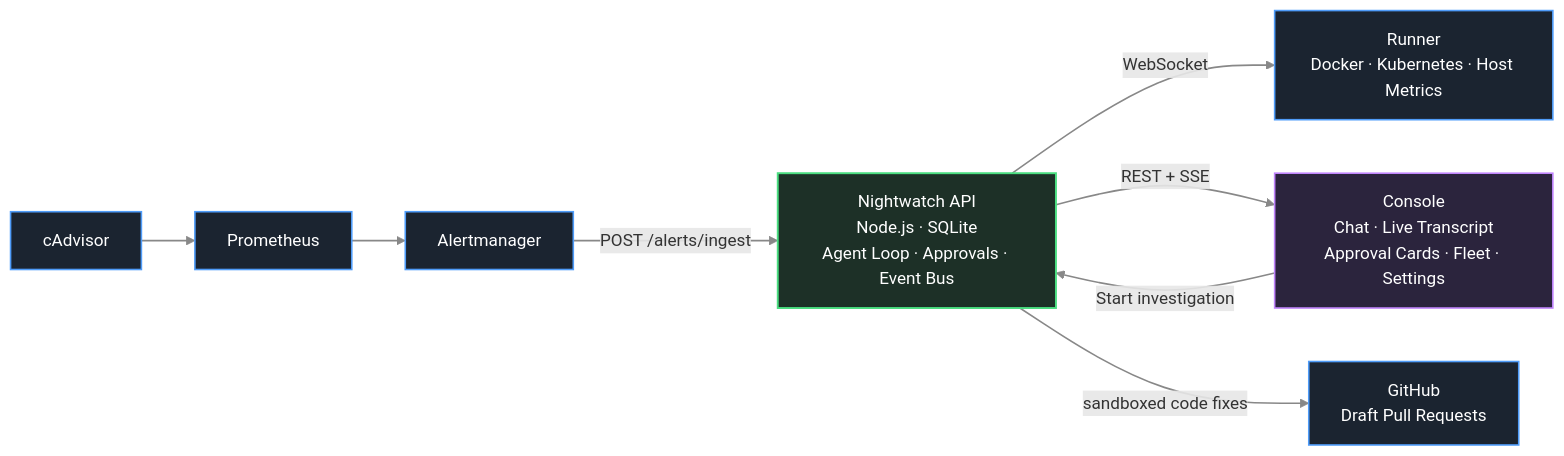
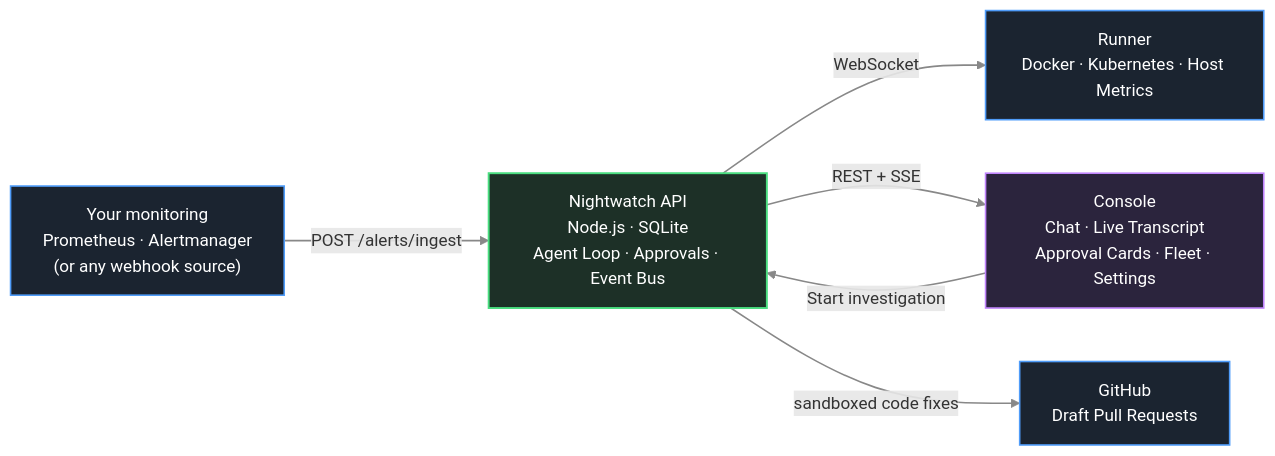
One commit to PrabhatMattoo/NightWarden changed the diagram in README.md. Above: the diagram before and after it, drawn with Mermaid. The commit also changed other lines of this file and 25 other files, not shown here.

````diff
--- a/README.md
+++ b/README.md
@@ -19,37 +19,32 @@
 ```mermaid
 flowchart LR
 
 %% Infrastructure
-cadvisor["cAdvisor"]
-prometheus["Prometheus"]
-alertmanager["Alertmanager"]
+monitoring["Your monitoring<br/>Prometheus · Alertmanager<br/>(or any webhook source)"]
 runner["Runner<br/>Docker · Kubernetes · Host Metrics"]
 
 %% Brain
 api["Nightwatch API<br/>Node.js · SQLite<br/>Agent Loop · Approvals · Event Bus"]
 
 %% UI
 console["Console<br/>Chat · Live Transcript<br/>Approval Cards · Fleet · Settings"]
 
 %% Code
 github["GitHub<br/>Draft Pull Requests"]
 
-cadvisor --> prometheus
-prometheus --> alertmanager
-
-alertmanager -- POST /alerts/ingest --> api
+monitoring -- POST /alerts/ingest --> api
 console -- Start investigation --> api
 api -- WebSocket --> runner
 api -- REST + SSE --> console
 api -- sandboxed code fixes --> github
 
 classDef infra fill:#1b2430,stroke:#4f9cf9,color:#fff,stroke-width:1.5;
 classDef api fill:#1d3027,stroke:#4ade80,color:#fff,stroke-width:1.8;
 classDef ui fill:#2b243d,stroke:#c084fc,color:#fff,stroke-width:1.5;
 
-class cadvisor,prometheus,alertmanager,runner,github infra;
+class monitoring,runner,github infra;
 class api api;
 class console ui;
 
 linkStyle default stroke:#888,stroke-width:1.5;
 ```
````
